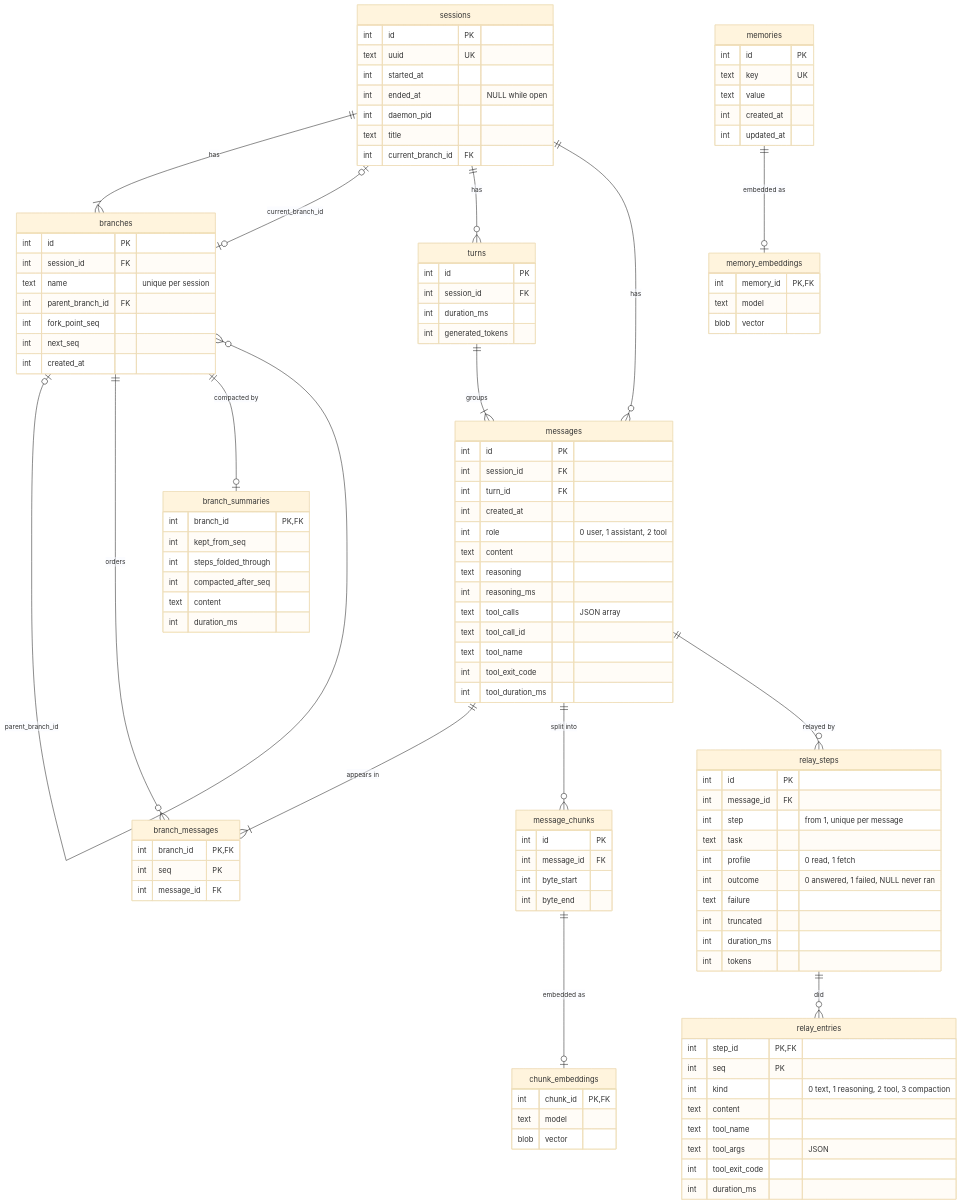
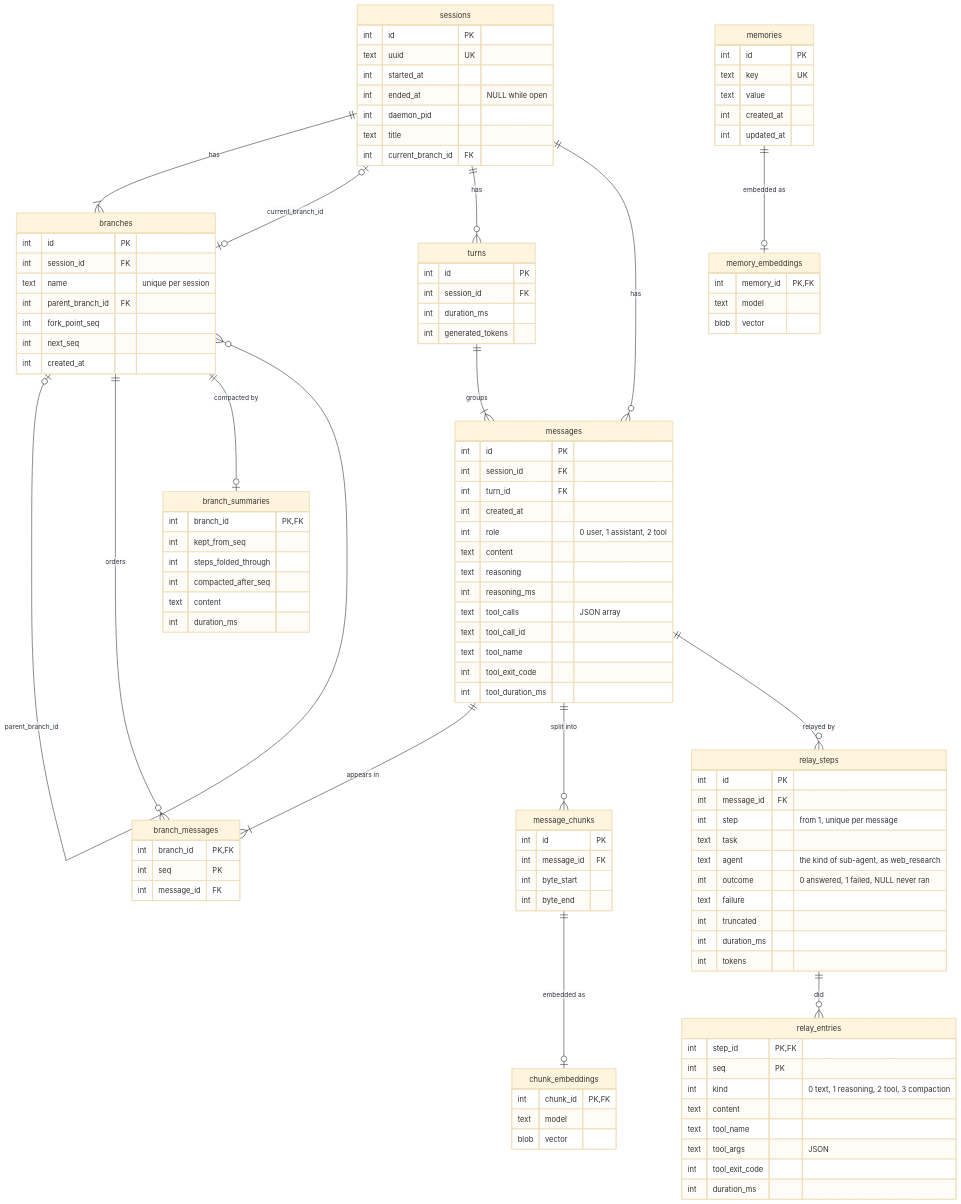
Before and after one commit to gnolruf/assistd: the diagram in docs/database.md, drawn with Mermaid (base theme). The commit also changed 20 other files, not shown here.

```diff
--- a/docs/database.md
+++ b/docs/database.md
@@ -82,7 +82,7 @@
         int message_id FK
         int step "from 1, unique per message"
         text task
-        int profile "0 read, 1 fetch"
+        text agent "the kind of sub-agent, as web_research"
         int outcome "0 answered, 1 failed, NULL never ran"
         text failure
         int truncated
```
